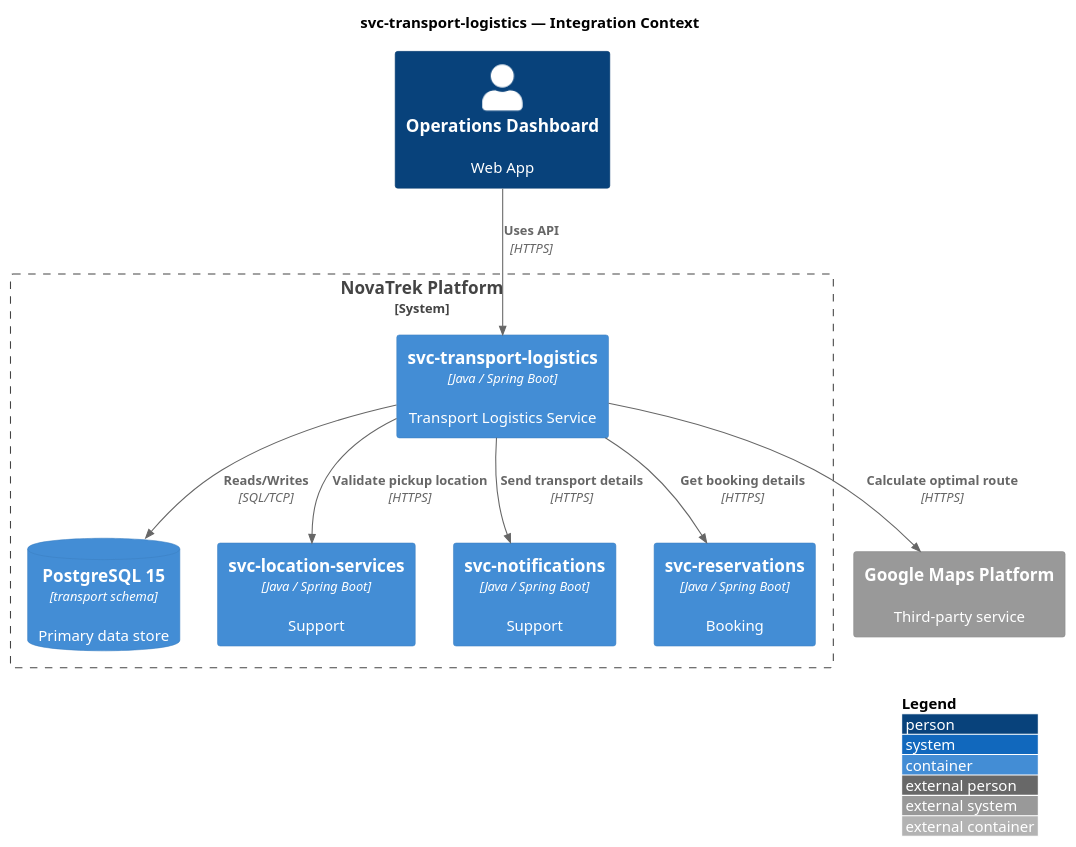
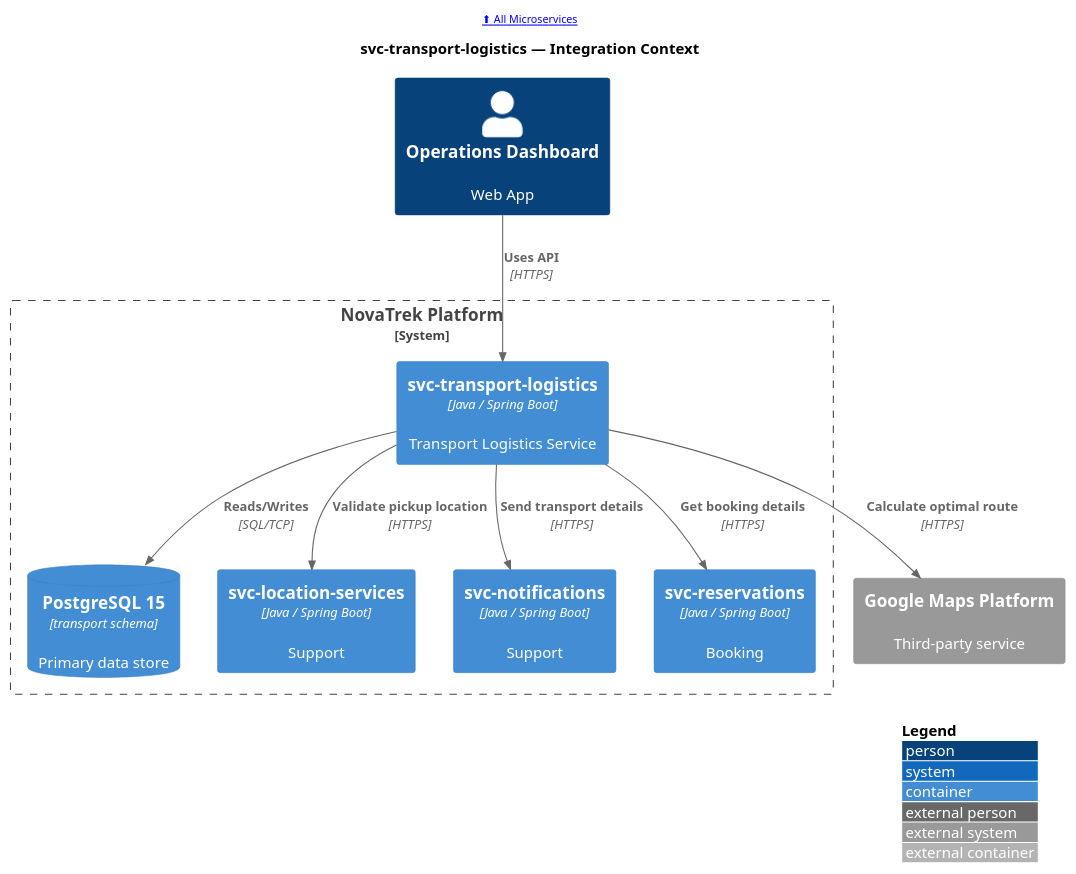
Before and after one commit to christopherblaisdell/continuous-architecture-platform-poc: the diagram in portal/site/microservices/puml/svc-transport-logistics--c4-context.puml, drawn with PlantUML. The commit also changed 733 other files, not shown here.

First line of the commit message:
Deployed. Every diagram now has a clickable ⬆ parent breadcrumb in the header. The full navigation chain:

```diff
--- a/portal/site/microservices/puml/svc-transport-logistics--c4-context.puml
+++ b/portal/site/microservices/puml/svc-transport-logistics--c4-context.puml
@@ -1,28 +1,30 @@
 @startuml
 !include <c4/C4_Container>
 
 LAYOUT_WITH_LEGEND()
 LAYOUT_TOP_DOWN()
+
+header [[/microservices/ ⬆ All Microservices]]
 
 title svc-transport-logistics — Integration Context
 
 Person(web_ops_dashboard, "Operations Dashboard", "Web App", $link="/applications/web-ops-dashboard/#service-dependencies")
 
 System_Boundary(boundary, "NovaTrek Platform") {
     Container(svc_transport_logistics, "svc-transport-logistics", "Java / Spring Boot", "Transport Logistics Service", $link="/microservices/svc-transport-logistics/")
     ContainerDb(svc_transport_logistics_db, "PostgreSQL 15", "transport schema", "Primary data store", $link="/microservices/svc-transport-logistics/#data-store")
     Container(svc_location_services, "svc-location-services", "Java / Spring Boot", "Support", $link="/microservices/svc-location-services/#integration-context")
     Container(svc_notifications, "svc-notifications", "Java / Spring Boot", "Support", $link="/microservices/svc-notifications/#integration-context")
     Container(svc_reservations, "svc-reservations", "Java / Spring Boot", "Booking", $link="/microservices/svc-reservations/#integration-context")
 }
 
 System_Ext(Google_Maps_Platform, "Google Maps Platform", "Third-party service")
 
 Rel(web_ops_dashboard, svc_transport_logistics, "Uses API", "HTTPS")
 Rel(svc_transport_logistics, svc_transport_logistics_db, "Reads/Writes", "SQL/TCP")
 Rel(svc_transport_logistics, svc_location_services, "Validate pickup location", "HTTPS")
 Rel(svc_transport_logistics, svc_notifications, "Send transport details", "HTTPS")
 Rel(svc_transport_logistics, svc_reservations, "Get booking details", "HTTPS")
 Rel(svc_transport_logistics, Google_Maps_Platform, "Calculate optimal route", "HTTPS")
 
 @enduml
```
